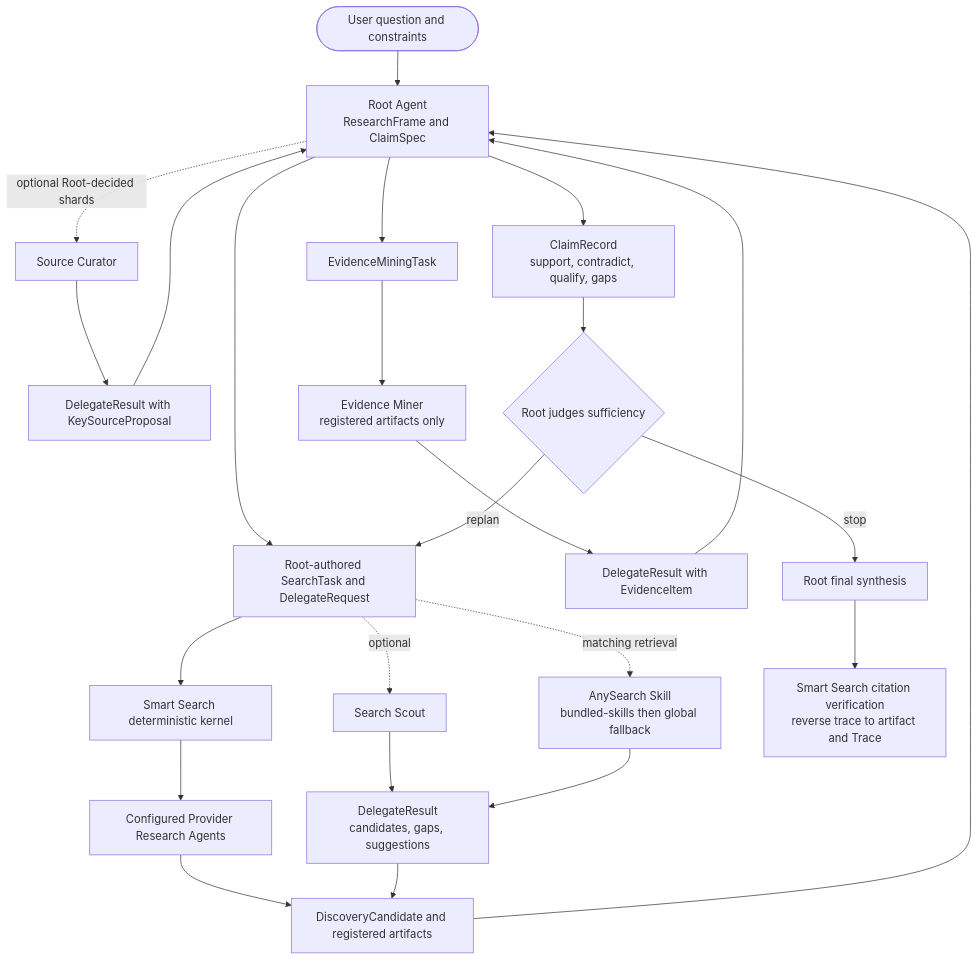
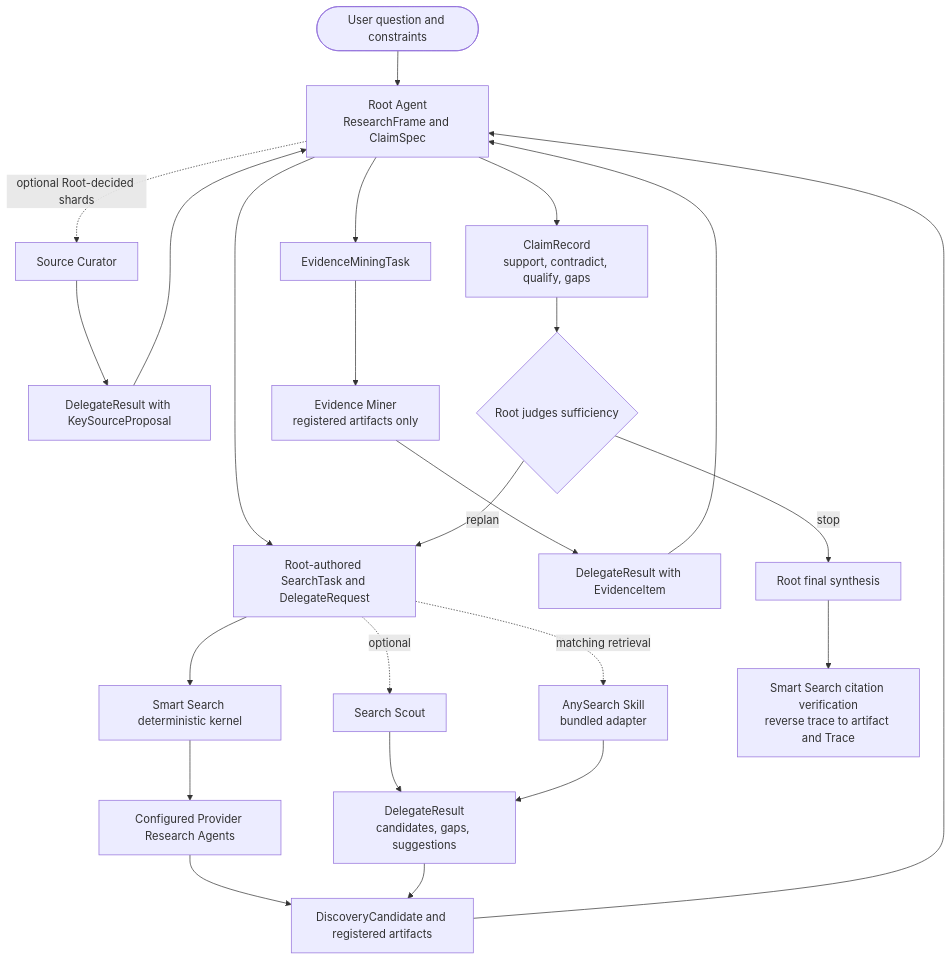
The diagram in src/smart_search/assets/skills/smart-search-cli/SKILL.md (whycantfindaname/smartsearch), drawn with Mermaid before and after one commit. The commit also changed other lines of this file and 46 other files, not shown here.

Commit message:
feat(skills): require authenticated bundled AnySearch

````diff
--- a/src/smart_search/assets/skills/smart-search-cli/SKILL.md
+++ b/src/smart_search/assets/skills/smart-search-cli/SKILL.md
@@ -82,26 +82,26 @@
 ```mermaid
 flowchart TD
     U([User question and constraints]) --> R[Root Agent<br/>ResearchFrame and ClaimSpec]
     R --> T[Root-authored SearchTask and DelegateRequest]
     T --> K[Smart Search deterministic kernel]
     T -. optional .-> S[Search Scout]
-    T -. matching retrieval .-> A[AnySearch Skill<br/>bundled-skills then global fallback]
+    T -. matching retrieval .-> A[AnySearch Skill<br/>bundled adapter]
     K --> P[Configured Provider Research Agents]
     S --> D[DelegateResult<br/>candidates, gaps, suggestions]
     A --> D
     P --> C[DiscoveryCandidate and registered artifacts]
     D --> C
     C --> R
     R -. optional Root-decided shards .-> Q[Source Curator]
     Q --> KS[DelegateResult with KeySourceProposal]
     KS --> R
     R --> EM[EvidenceMiningTask]
     EM --> M[Evidence Miner<br/>registered artifacts only]
     M --> E[DelegateResult with EvidenceItem]
     E --> R
     R --> CR[ClaimRecord<br/>support, contradict, qualify, gaps]
     CR --> G{Root judges sufficiency}
     G -- replan --> T
     G -- stop --> F[Root final synthesis]
 F --> V[Smart Search citation verification<br/>reverse trace to artifact and Trace]
 ```
````
